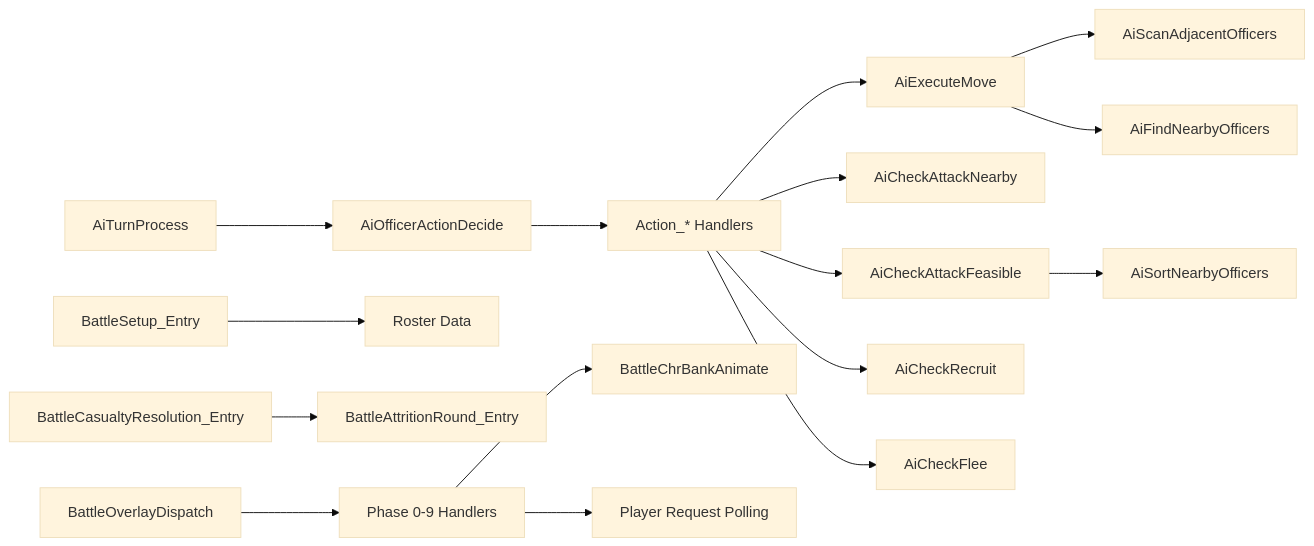
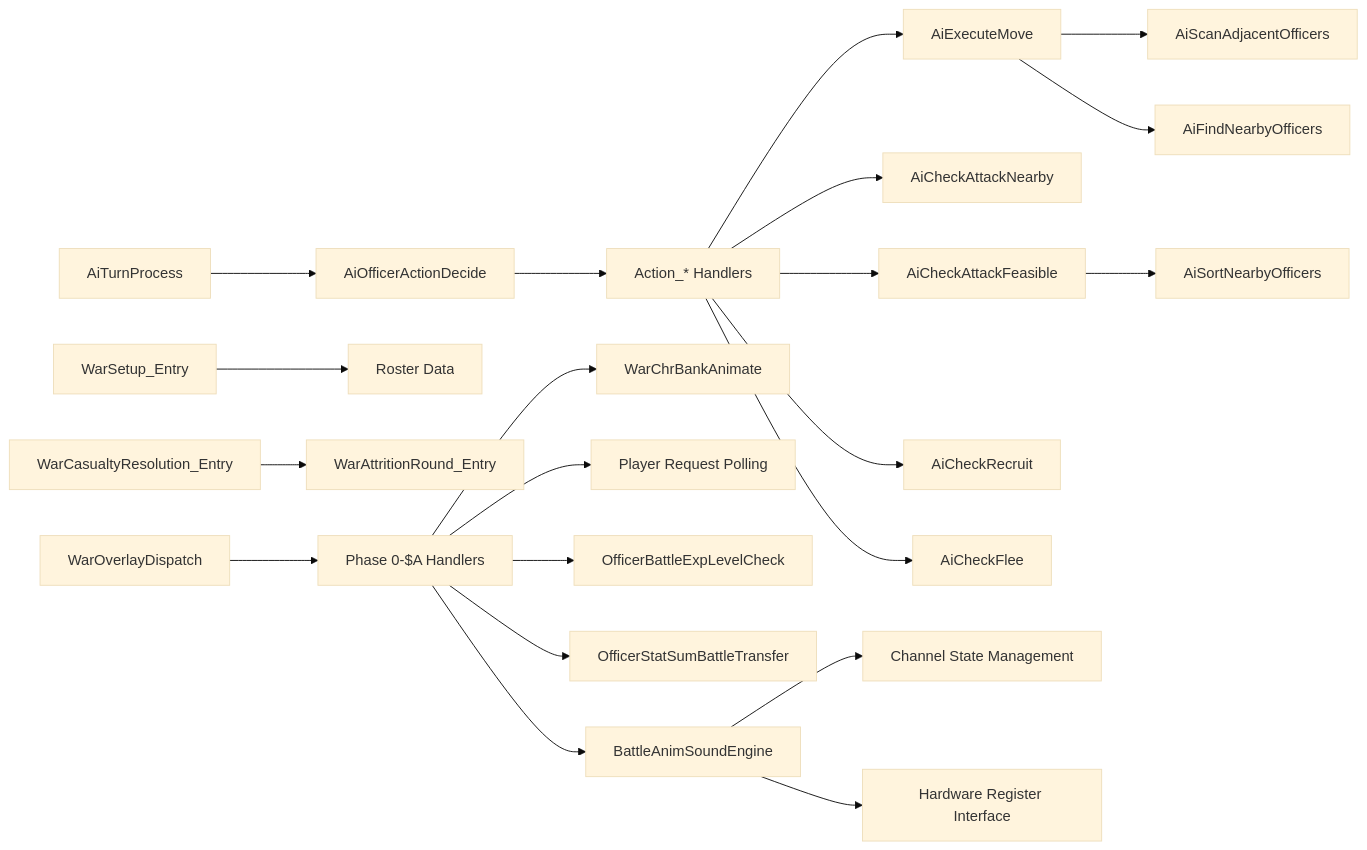
Diagram 12 of 12 in .qoder/repowiki/en/content/Assembly Architecture/Bank Organization and Memory Layout/Battle and AI System - PRG Banks $08_$09.md (rabbyzero/sango2dasm), drawn with Mermaid (base theme) before and after one commit. The commit also changed other lines of this file and 11 other files, not shown here.

First line of the commit message:
Decode prg_19_1a attract demo and officer roster subsystems

````diff
--- a/.qoder/repowiki/en/content/Assembly Architecture/Bank Organization and Memory Layout/Battle and AI System - PRG Banks $08_$09.md
+++ b/.qoder/repowiki/en/content/Assembly Architecture/Bank Organization and Memory Layout/Battle and AI System - PRG Banks $08_$09.md
@@ -433,18 +544,23 @@
 ```mermaid
 graph LR
 ATP["AiTurnProcess"] --> AOD["AiOfficerActionDecide"]
 AOD --> AH["Action_* Handlers"]
 AH --> MOV["AiExecuteMove"]
 AH --> ATK["AiCheckAttackNearby"]
 AH --> FEAS["AiCheckAttackFeasible"]
 AH --> REC["AiCheckRecruit"]
 AH --> FLEE["AiCheckFlee"]
 MOV --> SCAN["AiScanAdjacentOfficers"]
 MOV --> FIND["AiFindNearbyOfficers"]
 FEAS --> SORT["AiSortNearbyOfficers"]
-BS["BattleSetup_Entry"] --> RO["Roster Data"]
-CR["BattleCasualtyResolution_Entry"] --> AR["BattleAttritionRound_Entry"]
-BO["BattleOverlayDispatch"] --> PH["Phase 0-9 Handlers"]
-PH --> CHR["BattleChrBankAnimate"]
+WS["WarSetup_Entry"] --> RO["Roster Data"]
+CR["WarCasualtyResolution_Entry"] --> AR["WarAttritionRound_Entry"]
+WO["WarOverlayDispatch"] --> PH["Phase 0-$A Handlers"]
+PH --> CHR["WarChrBankAnimate"]
 PH --> INPUT["Player Request Polling"]
+PH --> AE["OfficerBattleExpLevelCheck"]
+PH --> ST["OfficerStatSumBattleTransfer"]
+PH --> AS["BattleAnimSoundEngine"]
+AS --> CH["Channel State Management"]
+AS --> HW["Hardware Register Interface"]
 ```
````
